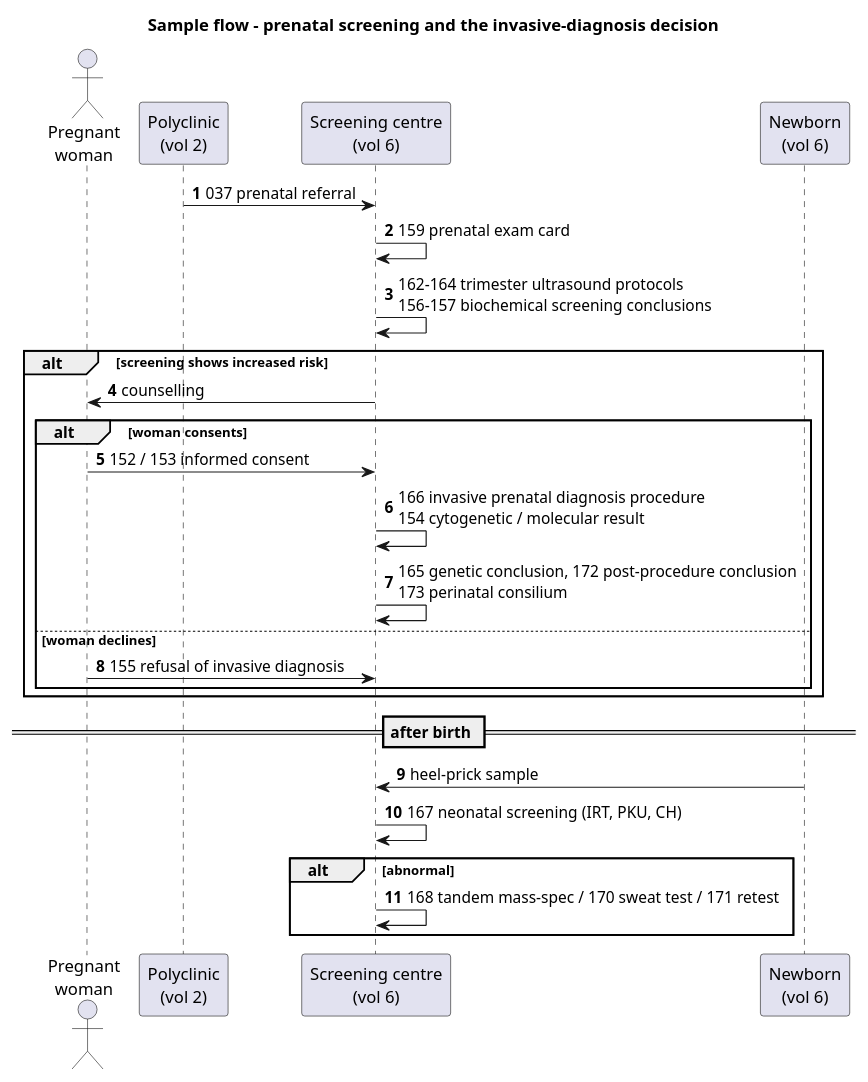
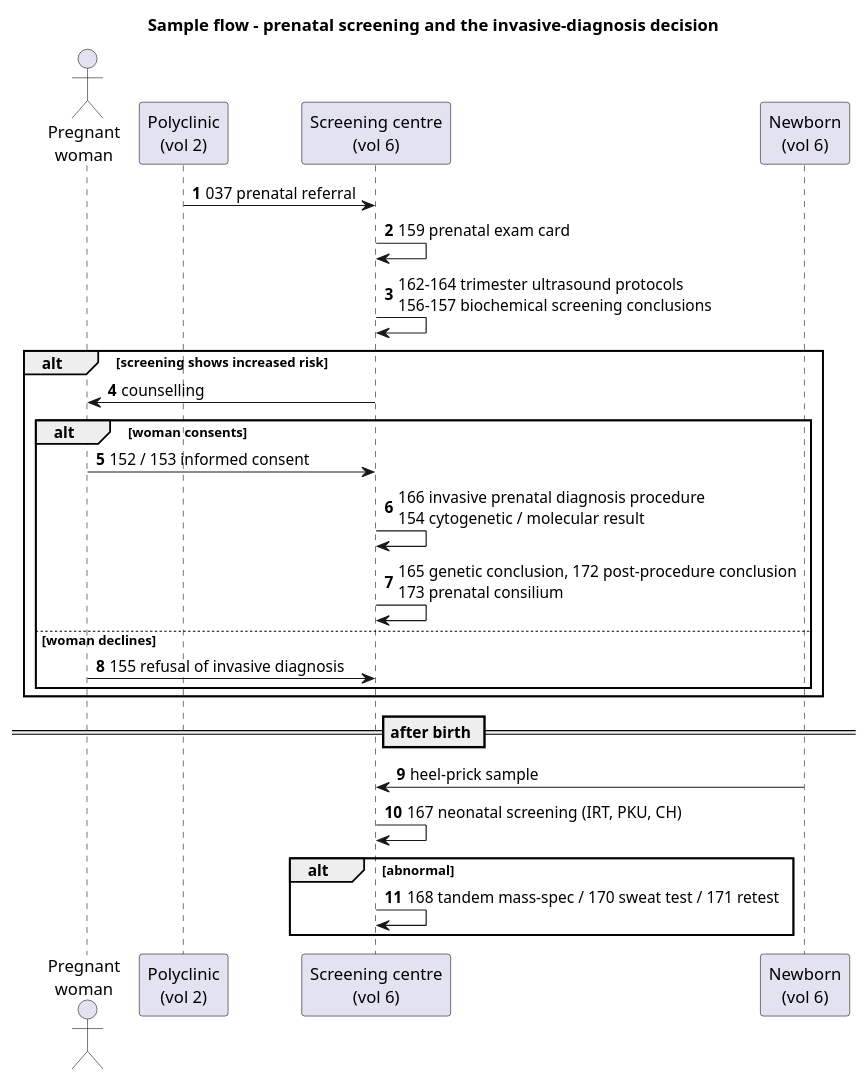
One commit to uzinfocom-org/digital-health-integration changed the diagram in input/images-source/forms-vol06-flow.plantuml. Above: the diagram before and after it, drawn with PlantUML. The commit also changed 4 other files, not shown here.

```diff
--- a/input/images-source/forms-vol06-flow.plantuml
+++ b/input/images-source/forms-vol06-flow.plantuml
@@ -1,31 +1,31 @@
 @startuml forms-vol06-flow
 title Sample flow - prenatal screening and the invasive-diagnosis decision
 autonumber
 
 actor "Pregnant\nwoman" as W
 participant "Polyclinic\n(vol 2)" as PC
 participant "Screening centre\n(vol 6)" as SC
 participant "Newborn\n(vol 6)" as NB
 
 PC -> SC : 037 prenatal referral
 SC -> SC : 159 prenatal exam card
 SC -> SC : 162-164 trimester ultrasound protocols\n156-157 biochemical screening conclusions
 
 alt screening shows increased risk
   SC -> W : counselling
   alt woman consents
     W -> SC : 152 / 153 informed consent
     SC -> SC : 166 invasive prenatal diagnosis procedure\n154 cytogenetic / molecular result
-    SC -> SC : 165 genetic conclusion, 172 post-procedure conclusion\n173 perinatal consilium
+    SC -> SC : 165 genetic conclusion, 172 post-procedure conclusion\n173 prenatal consilium
   else woman declines
     W -> SC : 155 refusal of invasive diagnosis
   end
 end
 
 == after birth ==
 NB -> SC : heel-prick sample
 SC -> SC : 167 neonatal screening (IRT, PKU, CH)
 alt abnormal
   SC -> SC : 168 tandem mass-spec / 170 sweat test / 171 retest
 end
 @enduml
```
